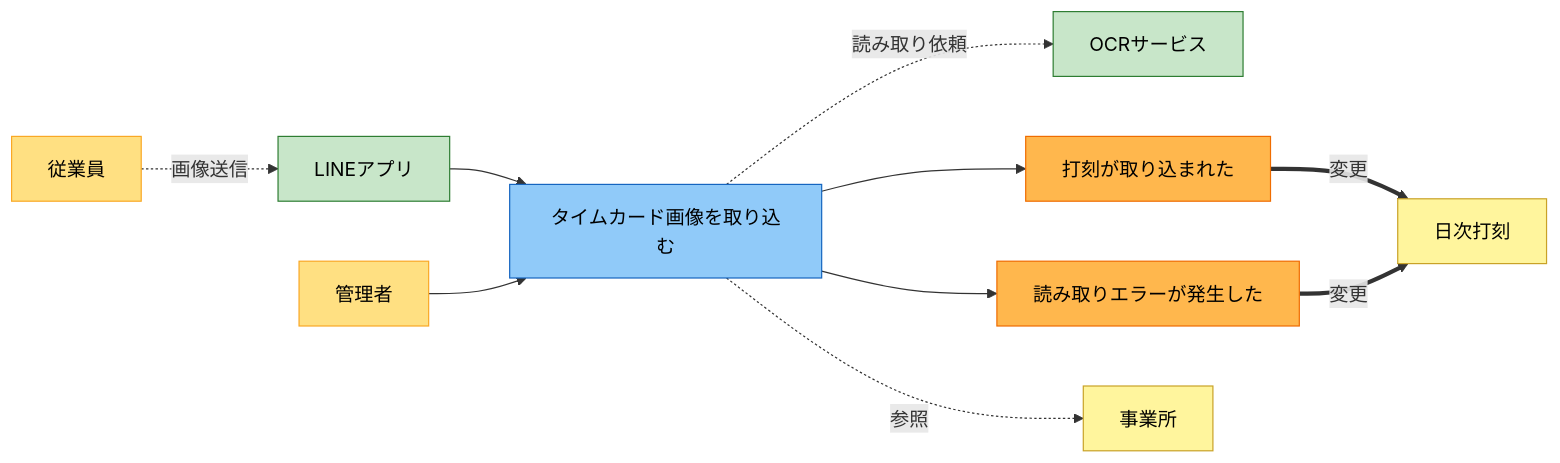
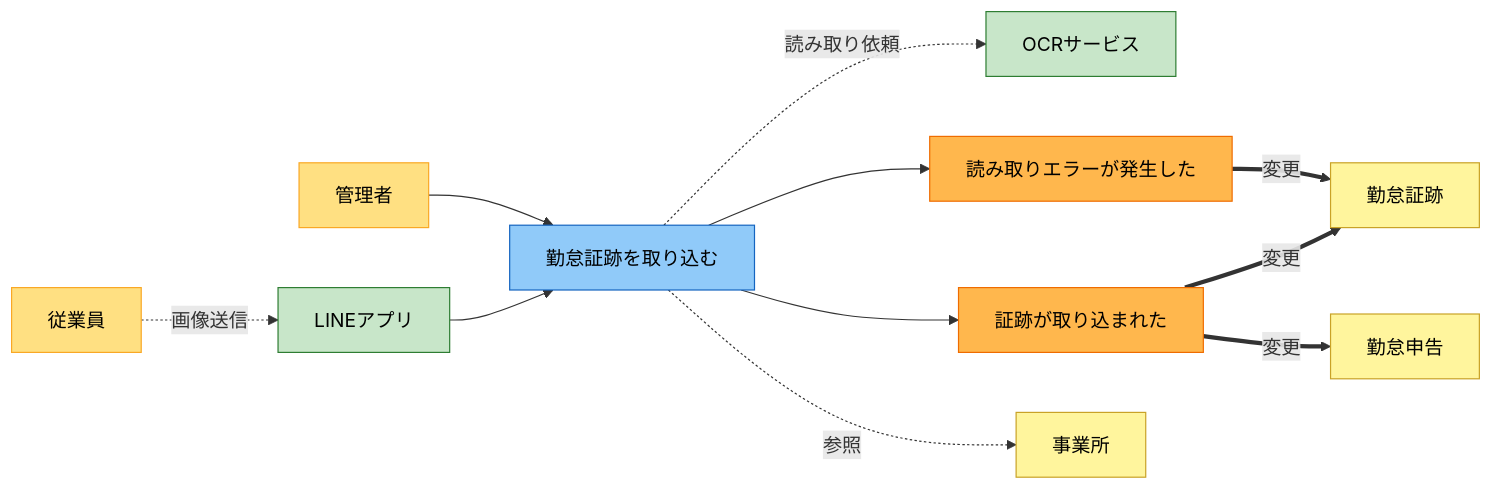
Before and after one commit to junichi1225-lang/Payroll-Admin: the third of 16 diagrams in rdra/analysis.md, drawn with Mermaid. The commit also changed other lines of this file and 1 other file, not shown here.

````diff
--- a/rdra/analysis.md
+++ b/rdra/analysis.md
@@ -192,28 +193,30 @@
 ```mermaid
 flowchart LR
   emp["従業員"]:::actor
   ope["管理者"]:::actor
   line["LINEアプリ"]:::external
   ocr["OCRサービス"]:::external
-  cmd["タイムカード画像を取り込む"]:::command
-  ok["打刻が取り込まれた"]:::event
+  cmd["勤怠証跡を取り込む"]:::command
+  ok["証跡が取り込まれた"]:::event
   ng["読み取りエラーが発生した"]:::event
-  tc["日次打刻"]:::entity
+  ev["勤怠証跡"]:::entity
+  claim["勤怠申告"]:::entity
   wp["事業所"]:::entity
 
   emp -.画像送信.-> line
   line --> cmd
   ope --> cmd
   cmd -.読み取り依頼.-> ocr
   cmd --> ok
   cmd --> ng
   cmd -.参照.-> wp
-  ok ==変更==> tc
-  ng ==変更==> tc
+  ok ==変更==> ev
+  ok ==変更==> claim
+  ng ==変更==> ev
 
   classDef actor fill:#FFE082,stroke:#F9A825,color:#000
   classDef command fill:#90CAF9,stroke:#1565C0,color:#000
   classDef event fill:#FFB74D,stroke:#EF6C00,color:#000
   classDef entity fill:#FFF59D,stroke:#C9A227,color:#000
   classDef external fill:#C8E6C9,stroke:#2E7D32,color:#000
 ```
````
